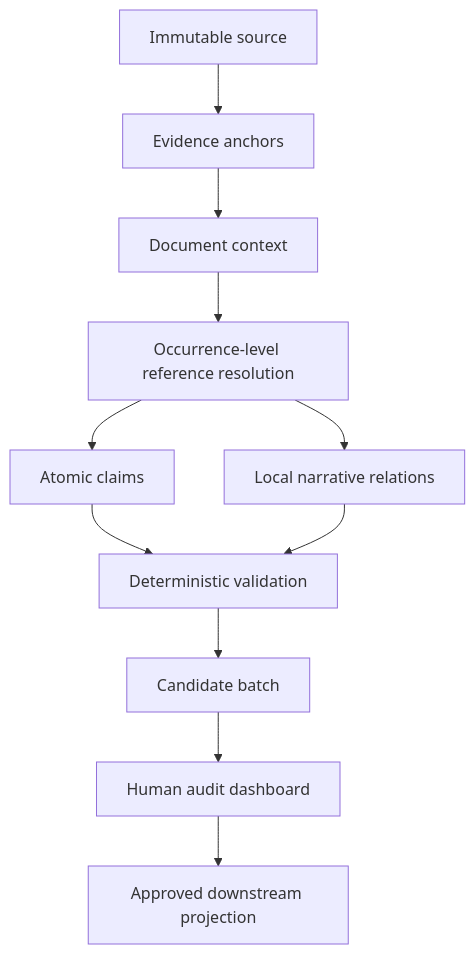
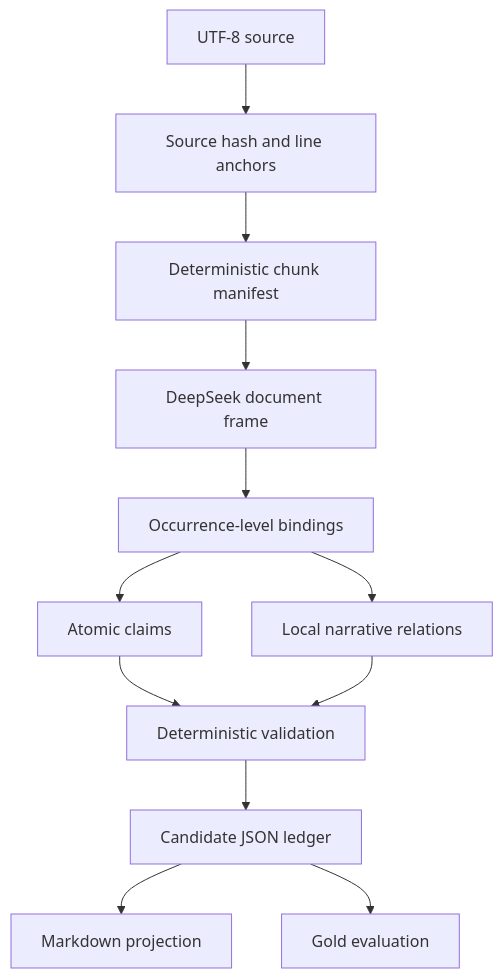
The diagram in README.md (Eric871/research-semantic-ledger), drawn with Mermaid before and after one commit. The commit also changed other lines of this file and 26 other files, not shown here.

Commit message:
feat: add portable DeepSeek extraction workflow

````diff
--- a/README.md
+++ b/README.md
@@ -54,13 +83,14 @@
 ```mermaid
 flowchart TD
-    A[Immutable source] --> B[Evidence anchors]
-    B --> C[Document context]
-    C --> D[Occurrence-level reference resolution]
-    D --> E[Atomic claims]
-    D --> F[Local narrative relations]
-    E --> G[Deterministic validation]
-    F --> G
-    G --> H[Candidate batch]
-    H --> I[Human audit dashboard]
-    I --> J[Approved downstream projection]
+    A[UTF-8 source] --> B[Source hash and line anchors]
+    B --> C[Deterministic chunk manifest]
+    C --> D[DeepSeek document frame]
+    D --> E[Occurrence-level bindings]
+    E --> F[Atomic claims]
+    E --> G[Local narrative relations]
+    F --> H[Deterministic validation]
+    G --> H
+    H --> I[Candidate JSON ledger]
+    I --> J[Markdown projection]
+    I --> K[Gold evaluation]
 ```
````
